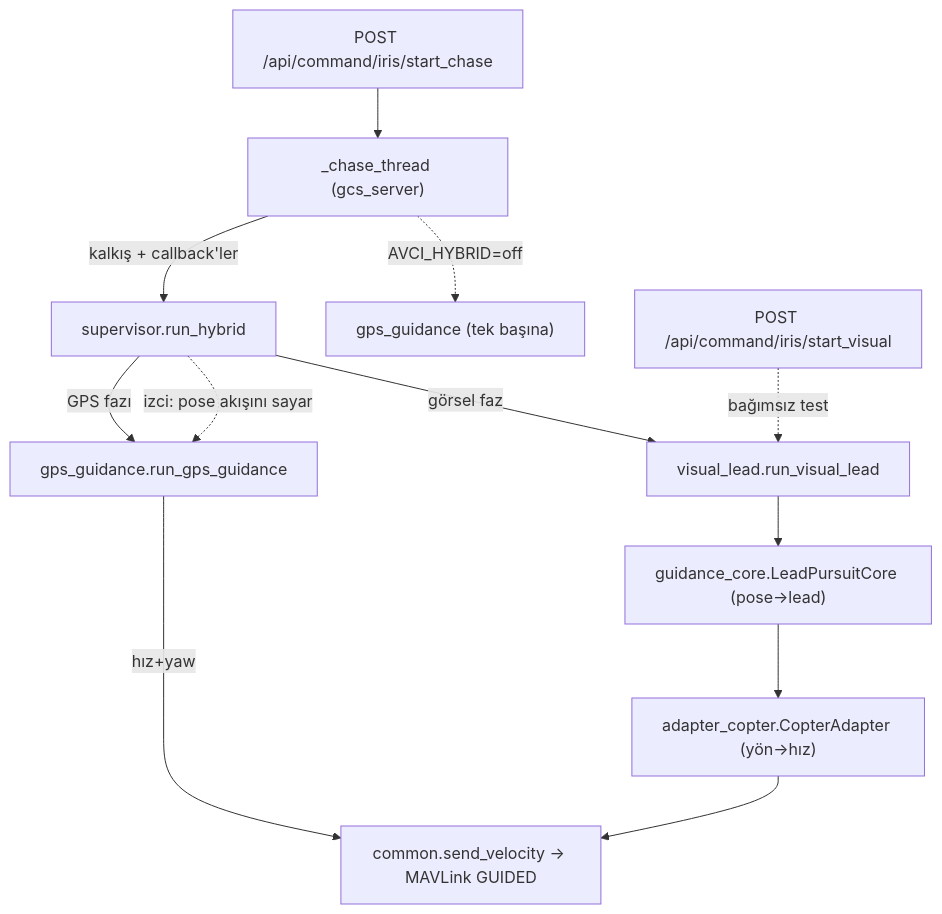
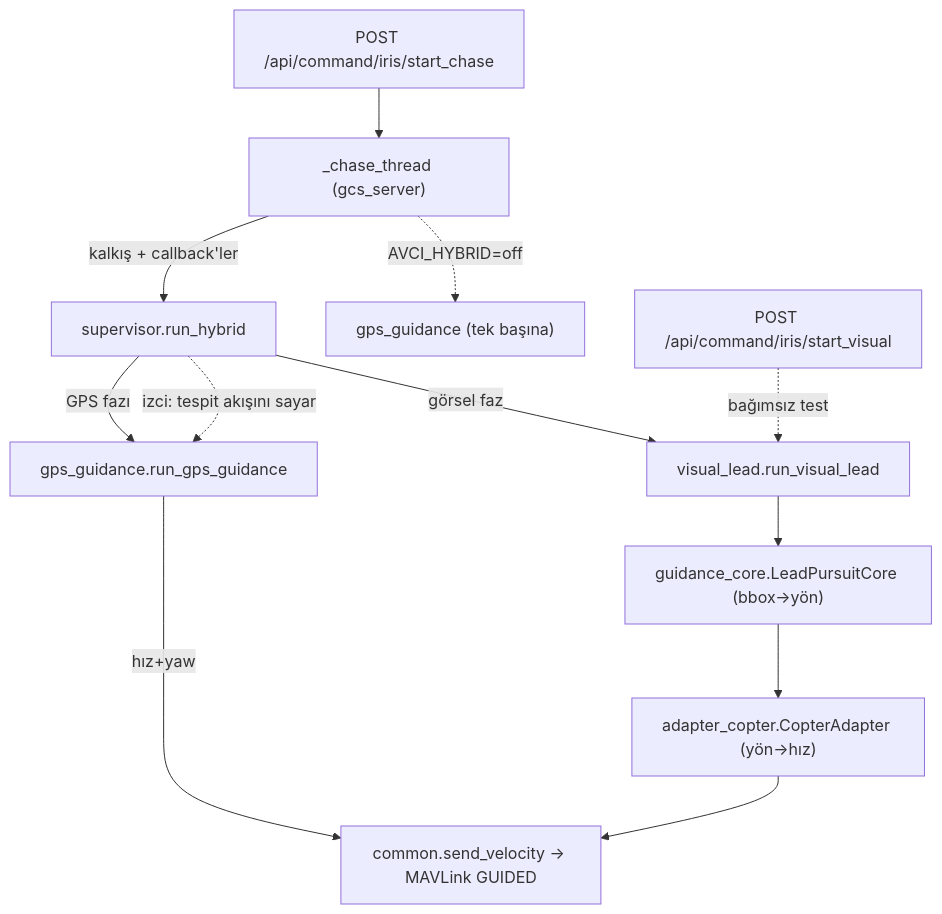
One commit to kayranecatikara/hamidiyesim changed the diagram in docs/GUIDANCE.md. Above: the diagram before and after it, drawn with Mermaid. The commit also changed other lines of this file and 32 other files, not shown here.

````diff
--- a/docs/GUIDANCE.md
+++ b/docs/GUIDANCE.md
@@ -16,17 +16,17 @@
 ```mermaid
 flowchart TD
     UI["POST /api/command/iris/start_chase"] --> CT["_chase_thread (gcs_server)"]
     CT -->|kalkış + callback'ler| SUP["supervisor.run_hybrid"]
     CT -.->|AVCI_HYBRID=off| GA0["gps_guidance (tek başına)"]
 
     SUP -->|GPS fazı| GA["gps_guidance.run_gps_guidance"]
     SUP -->|görsel faz| VL["visual_lead.run_visual_lead"]
-    SUP -. izci: pose akışını sayar .-> GA
+    SUP -. izci: tespit akışını sayar .-> GA
 
     GA -->|hız+yaw| SV["common.send_velocity → MAVLink GUIDED"]
-    VL --> CORE["guidance_core.LeadPursuitCore (pose→lead)"]
+    VL --> CORE["guidance_core.LeadPursuitCore (bbox→yön)"]
     CORE --> AD["adapter_copter.CopterAdapter (yön→hız)"]
     AD --> SV
 
     UIV["POST /api/command/iris/start_visual"] -.->|bağımsız test| VL
 ```
````
